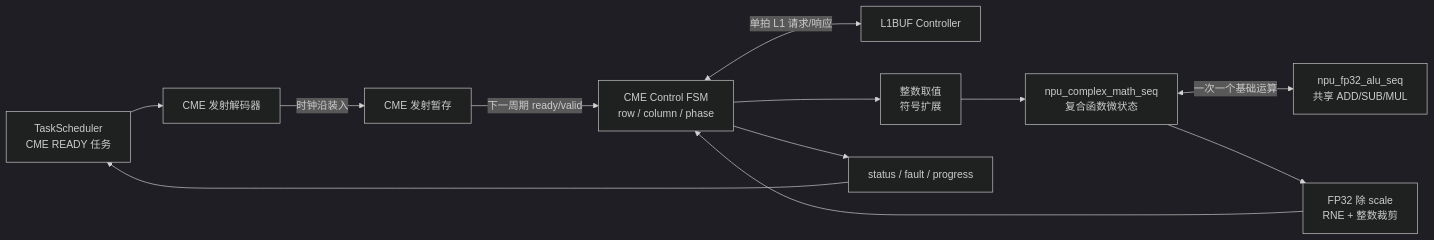
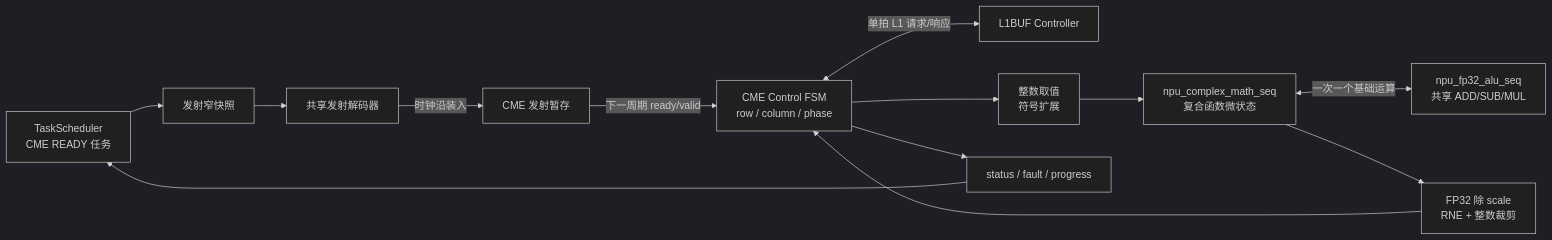
One commit to Little-W/Obsidian changed the tenth of 19 diagrams in NPU/NPU 指令与硬件架构设计 Spec.md. Above: the diagram before and after it, drawn with Mermaid (dark theme). The commit also changed other lines of this file and 90 other files, not shown here.

````diff
--- a/NPU/NPU 指令与硬件架构设计 Spec.md
+++ b/NPU/NPU 指令与硬件架构设计 Spec.md
@@ -3264,25 +3336,27 @@
 ```mermaid
 flowchart LR
     TS["TaskScheduler<br/>CME READY 任务"]
-    DEC["CME 发射解码器"]
+    SNAP["发射窄快照"]
+    DEC["共享发射解码器"]
     STG["CME 发射暂存"]
     CFSM["CME Control FSM<br/>row / column / phase"]
     L1C["L1BUF Controller"]
     CONV["整数取值<br/>符号扩展"]
     MSEQ["npu_complex_math_seq<br/>复合函数微状态"]
     ALU["npu_fp32_alu_seq<br/>共享 ADD/SUB/MUL"]
     OUT["FP32 除 scale<br/>RNE + 整数裁剪"]
     DONE["status / fault / progress"]
 
-    TS --> DEC
+    TS --> SNAP
+    SNAP --> DEC
     DEC -->|"时钟沿装入"| STG
     STG -->|"下一周期 ready/valid"| CFSM
     CFSM <-->|"单拍 L1 请求/响应"| L1C
     CFSM --> CONV
     CONV --> MSEQ
     MSEQ <-->|"一次一个基础运算"| ALU
     MSEQ --> OUT
     OUT --> CFSM
     CFSM --> DONE
     DONE --> TS
 ```
````
